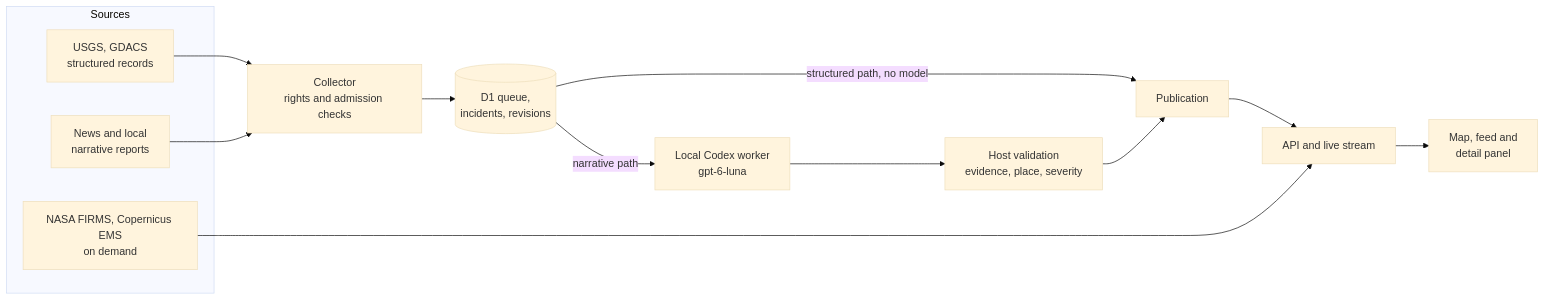
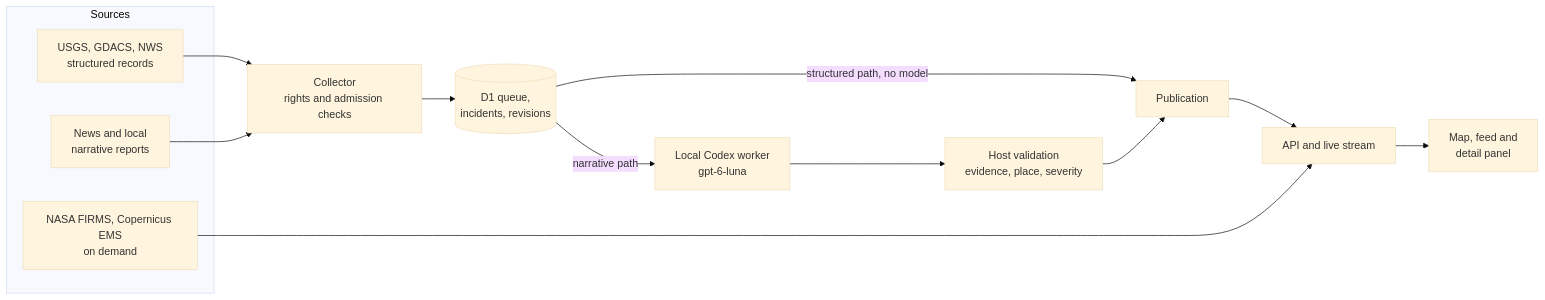
One commit to fortunexbt/world-watch changed the diagram in README.md. Above: the diagram before and after it, drawn with Mermaid (base theme). The commit also changed other lines of this file and 14 other files, not shown here.

First line of the commit message:
Publish NWS storm-based warnings as structured hazard records

````diff
--- a/README.md
+++ b/README.md
@@ -34,18 +34,18 @@
 ```mermaid
 flowchart LR
   subgraph Sources
-    S1[USGS, GDACS<br/>structured records]
+    S1[USGS, GDACS, NWS<br/>structured records]
     S2[News and local<br/>narrative reports]
     S3[NASA FIRMS, Copernicus EMS<br/>on demand]
   end
   S1 --> C[Collector<br/>rights and admission checks]
   S2 --> C
   C --> D[(D1 queue,<br/>incidents, revisions)]
   D -->|structured path, no model| P[Publication]
   D -->|narrative path| W[Local Codex worker<br/>gpt-6-luna]
   W --> V[Host validation<br/>evidence, place, severity]
   V --> P
   P --> A[API and live stream]
   S3 --> A
   A --> M[Map, feed and<br/>detail panel]
 ```
````
